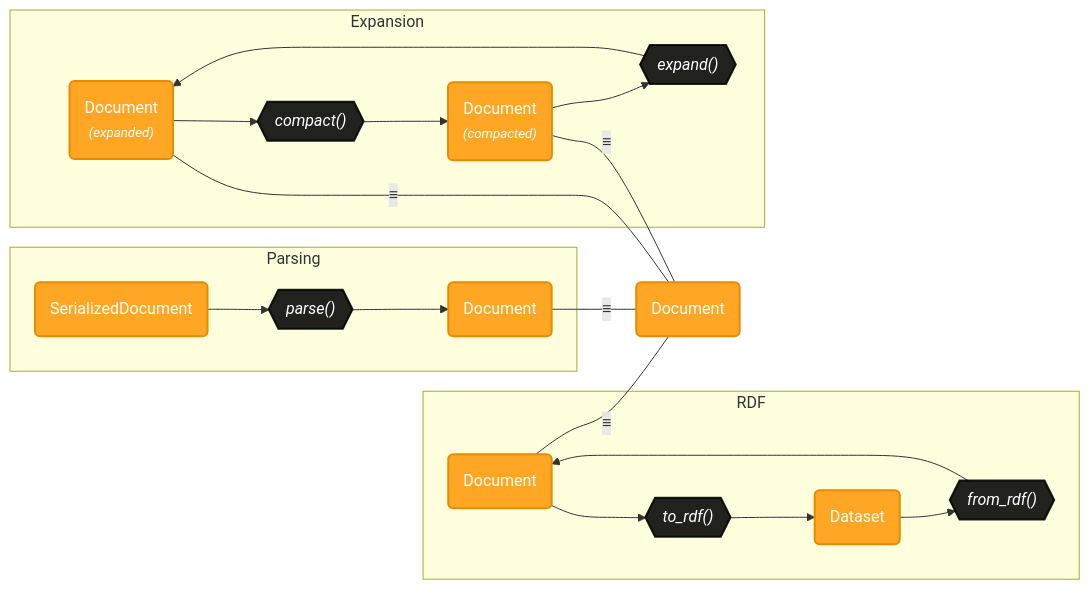
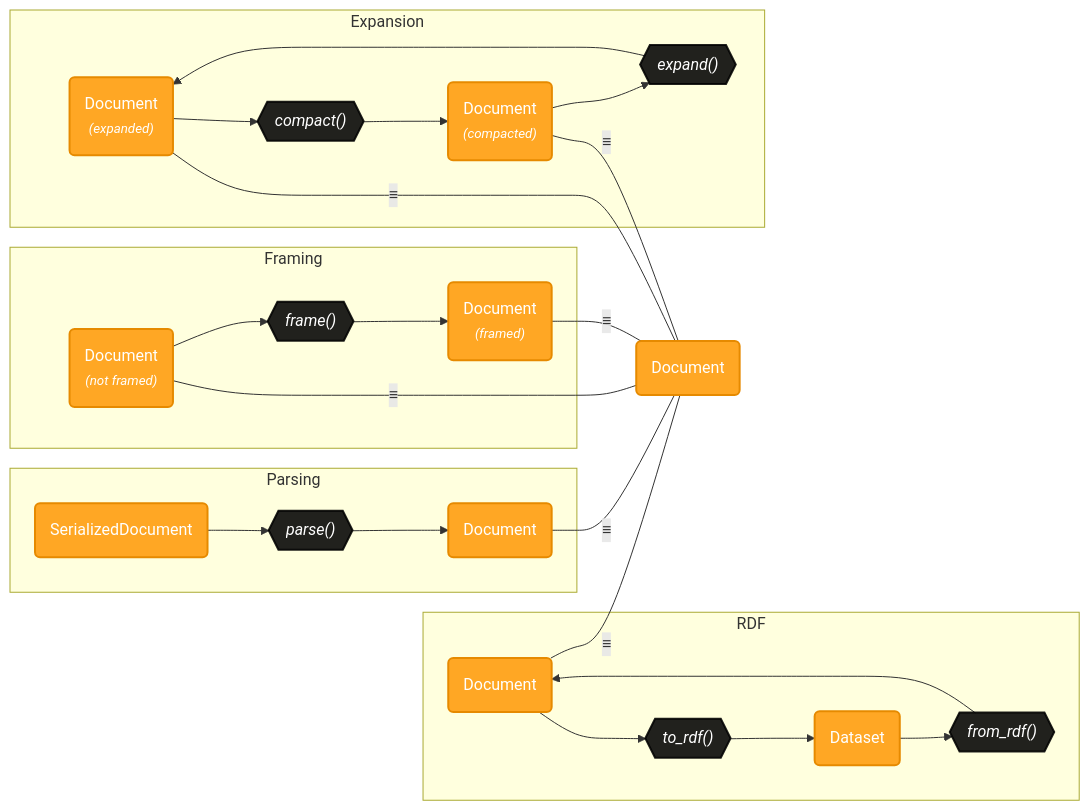
Before and after one commit to iolanta-tech/python-yaml-ld: the diagram in docs/index.md, drawn with Mermaid. The commit also changed 8 other files, not shown here.

````diff
--- a/docs/index.md
+++ b/docs/index.md
@@ -19,54 +19,64 @@
 ```mermaid
 graph LR
     Document("Document")
     click Document "/types/document/" "YAML-LD Document"
     class Document type
 
     subgraph RDF
         DocumentRDF("Document") --> to_rdf{{"to_rdf()"}} --> Dataset("Dataset")
         Dataset --> from_rdf{{"from_rdf()"}} --> DocumentRDF
         click DocumentRDF "/types/document/" "YAML-LD Document"
         class DocumentRDF type
     
         class to_rdf,from_rdf function
         click to_rdf "/to-rdf/" "Convert a YAML-LD Document into an RDF dataset"
         click from_rdf "/from-rdf/" "Convert a RDF dataset into a YAML-LD Document"
     end
 
     subgraph Expansion
         class Dataset type
         click Dataset "/types/dataset/" "RDF Dataset"
         
         ExpandedDocument("Document\n<em><small>(expanded)</small></em>")
         CompactedDocument("Document\n<em><small>(compacted)</small></em>")
         CompactedDocument --> expand{{"expand()"}} --> ExpandedDocument
         ExpandedDocument --> compact{{"compact()"}} --> CompactedDocument
         
         class ExpandedDocument,CompactedDocument type
         click ExpandedDocument "/types/document/" "YAML-LD Document"
         click CompactedDocument "/types/document/" "YAML-LD Document"
         class expand,compact function
         
         click expand "/expand/" "Expand a YAML-LD Document"
         click compact "/compact/" "Compact a YAML-LD Document"
     end
 
     subgraph Parsing
         SerializedDocument("SerializedDocument") --> parse{{"parse()"}} --> ParsedDocument("Document")
         
         class SerializedDocument,ParsedDocument type
         class parse function
         
         click SerializedDocument "/types/serialized-document/" "Serialized YAML-LD document, or its location"
         click ParsedDocument "/types/document/" "Parsed YAML-LD document"
         click parse "/parse/" "Parse a YAML-LD Document"
     end
+    
+    subgraph Framing
+        NotFramedDocument("Document\n<em><small>(not framed)</small></em>") --> frame{{"frame()"}} --> FramedDocument("Document\n<em><small>(framed)</small></em>")
+        class FramedDocument type
+        class NotFramedDocument type
+        class frame function
+        click frame "/frame/" "Frame a YAML-LD Document"
+    end
 
     ExpandedDocument --"≡"--- Document
     CompactedDocument --"≡"--- Document
     ParsedDocument --"≡"--- Document
     DocumentRDF --"≡"--- Document
+    NotFramedDocument --"≡"--- Document
+    FramedDocument --"≡"--- Document
     
     classDef type     fill:#ffa724, stroke:#e68a00, stroke-width:2px, color:#fff;
     classDef function fill:#000000de, stroke:#000000de, stroke-width:2px, color:#fff, font-style:italic;
 ```
````
